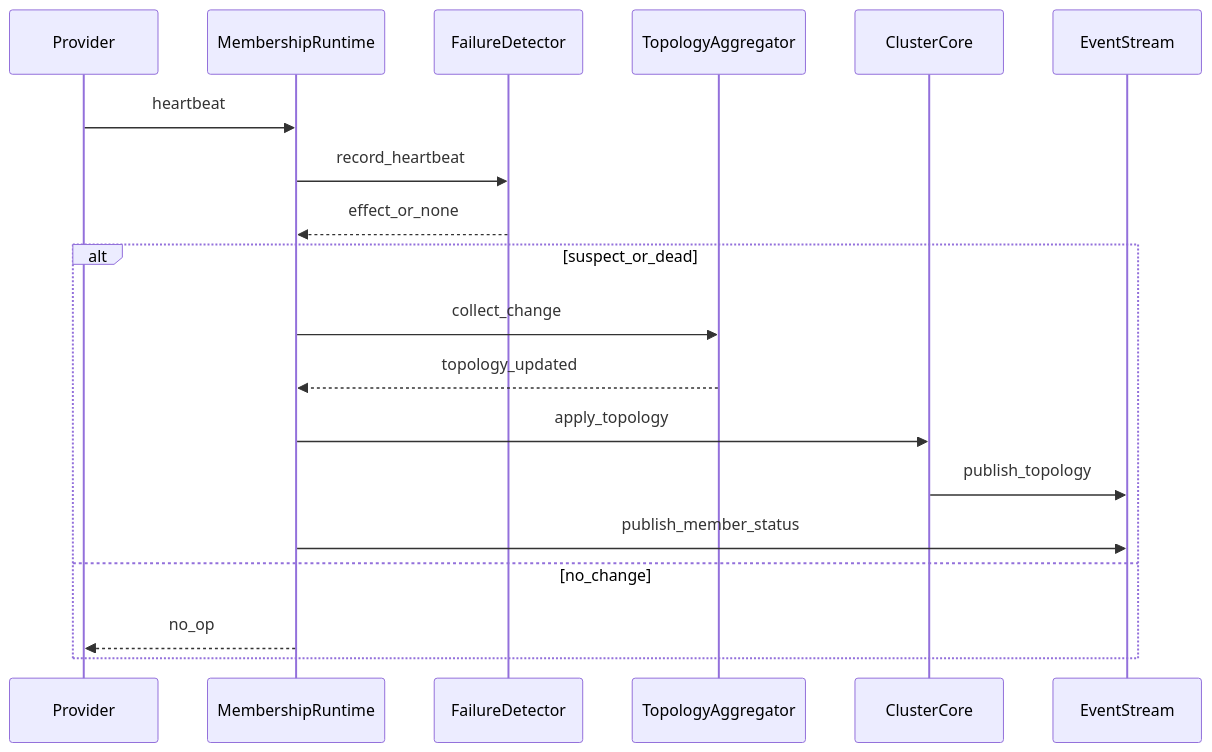
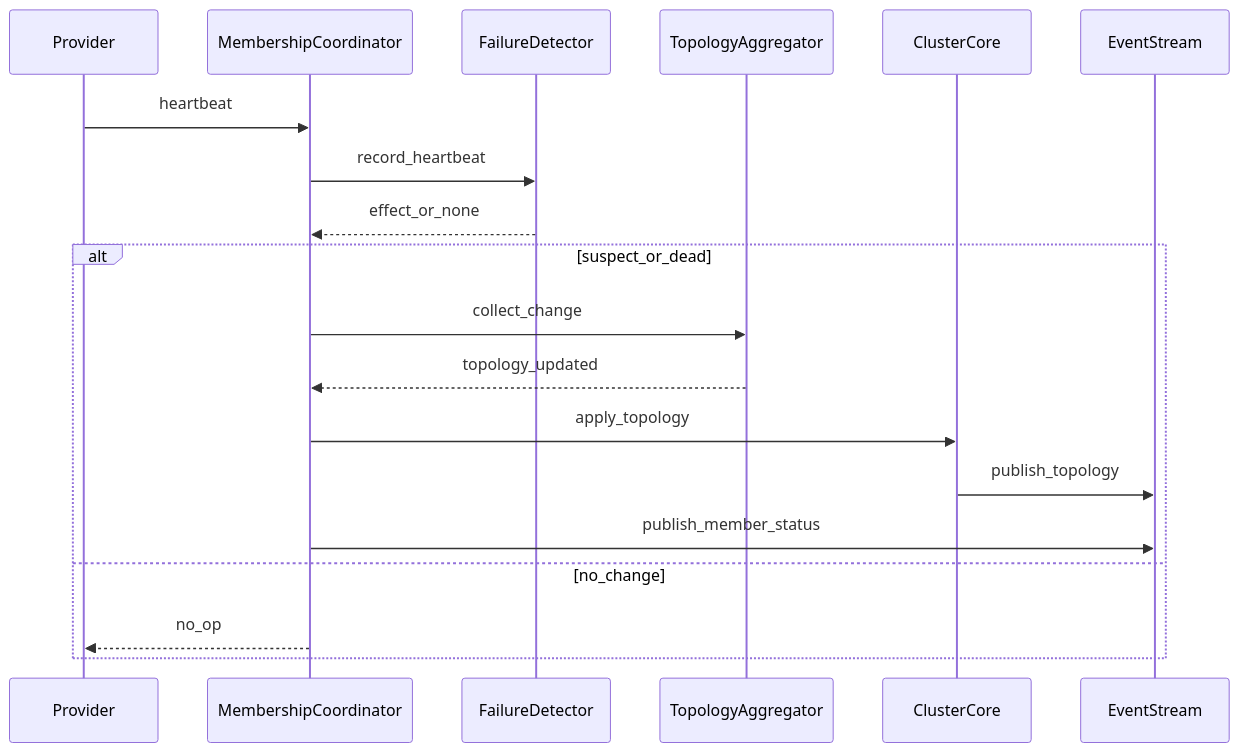
One commit to j5ik2o/fraktor-rs changed the second of 5 diagrams in .kiro/specs/cluster-membership-gossip-topology/design.md. Above: the diagram before and after it, drawn with Mermaid. The commit also changed other lines of this file, not shown here.

Commit message:
feat: rename MembershipRuntime to MembershipCoordinator for clarity and consistency

````diff
--- a/.kiro/specs/cluster-membership-gossip-topology/design.md
+++ b/.kiro/specs/cluster-membership-gossip-topology/design.md
@@ -79,22 +79,22 @@
 ```mermaid
 sequenceDiagram
   participant Provider
-  participant MembershipRuntime
+  participant MembershipCoordinator
   participant FailureDetector
   participant TopologyAggregator
   participant ClusterCore
   participant EventStream
 
-  Provider->>MembershipRuntime: heartbeat
-  MembershipRuntime->>FailureDetector: record_heartbeat
-  FailureDetector-->>MembershipRuntime: effect_or_none
+  Provider->>MembershipCoordinator: heartbeat
+  MembershipCoordinator->>FailureDetector: record_heartbeat
+  FailureDetector-->>MembershipCoordinator: effect_or_none
   alt suspect_or_dead
-    MembershipRuntime->>TopologyAggregator: collect_change
-    TopologyAggregator-->>MembershipRuntime: topology_updated
-    MembershipRuntime->>ClusterCore: apply_topology
+    MembershipCoordinator->>TopologyAggregator: collect_change
+    TopologyAggregator-->>MembershipCoordinator: topology_updated
+    MembershipCoordinator->>ClusterCore: apply_topology
     ClusterCore->>EventStream: publish_topology
-    MembershipRuntime->>EventStream: publish_member_status
+    MembershipCoordinator->>EventStream: publish_member_status
   else no_change
-    MembershipRuntime-->>Provider: no_op
+    MembershipCoordinator-->>Provider: no_op
   end
 ```
````
